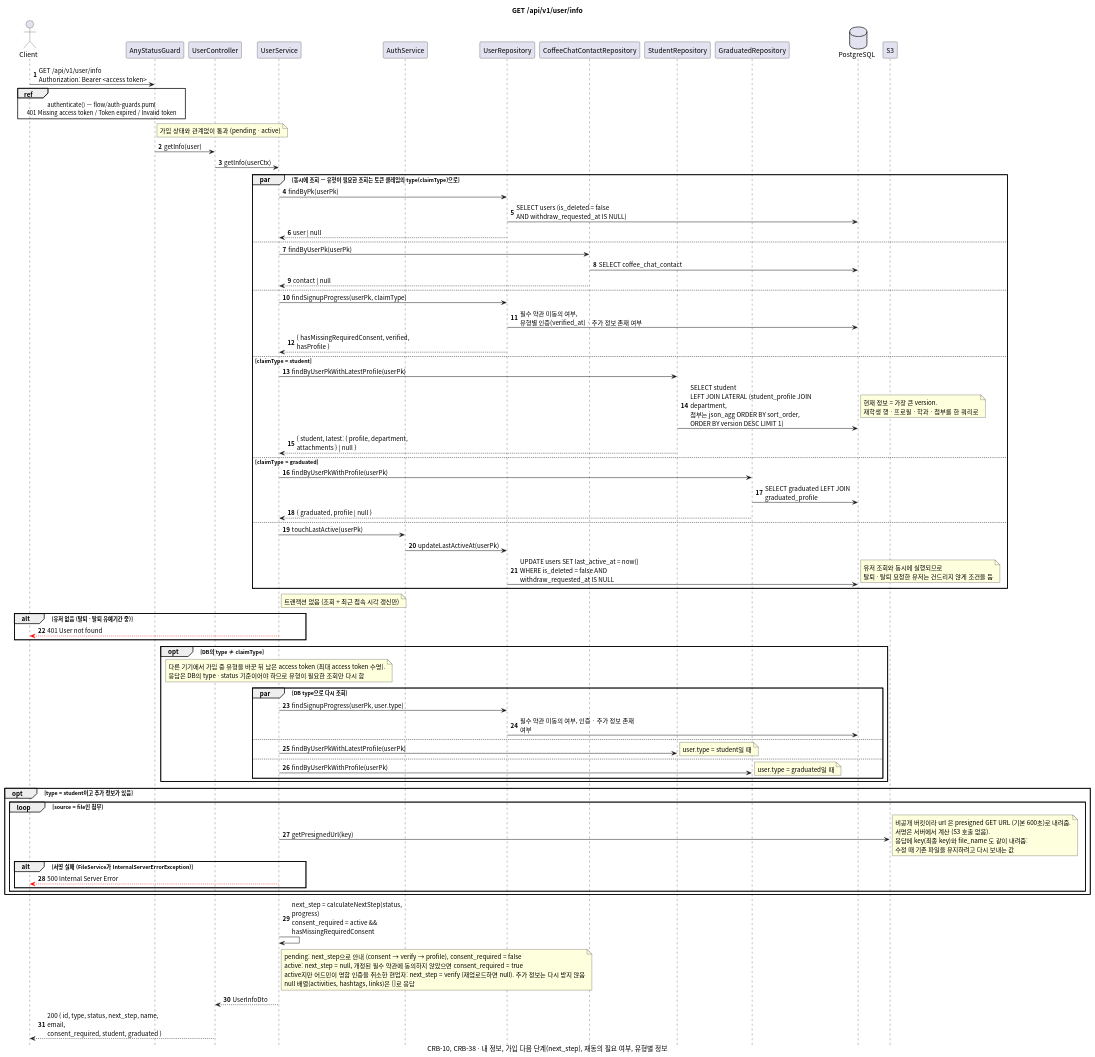
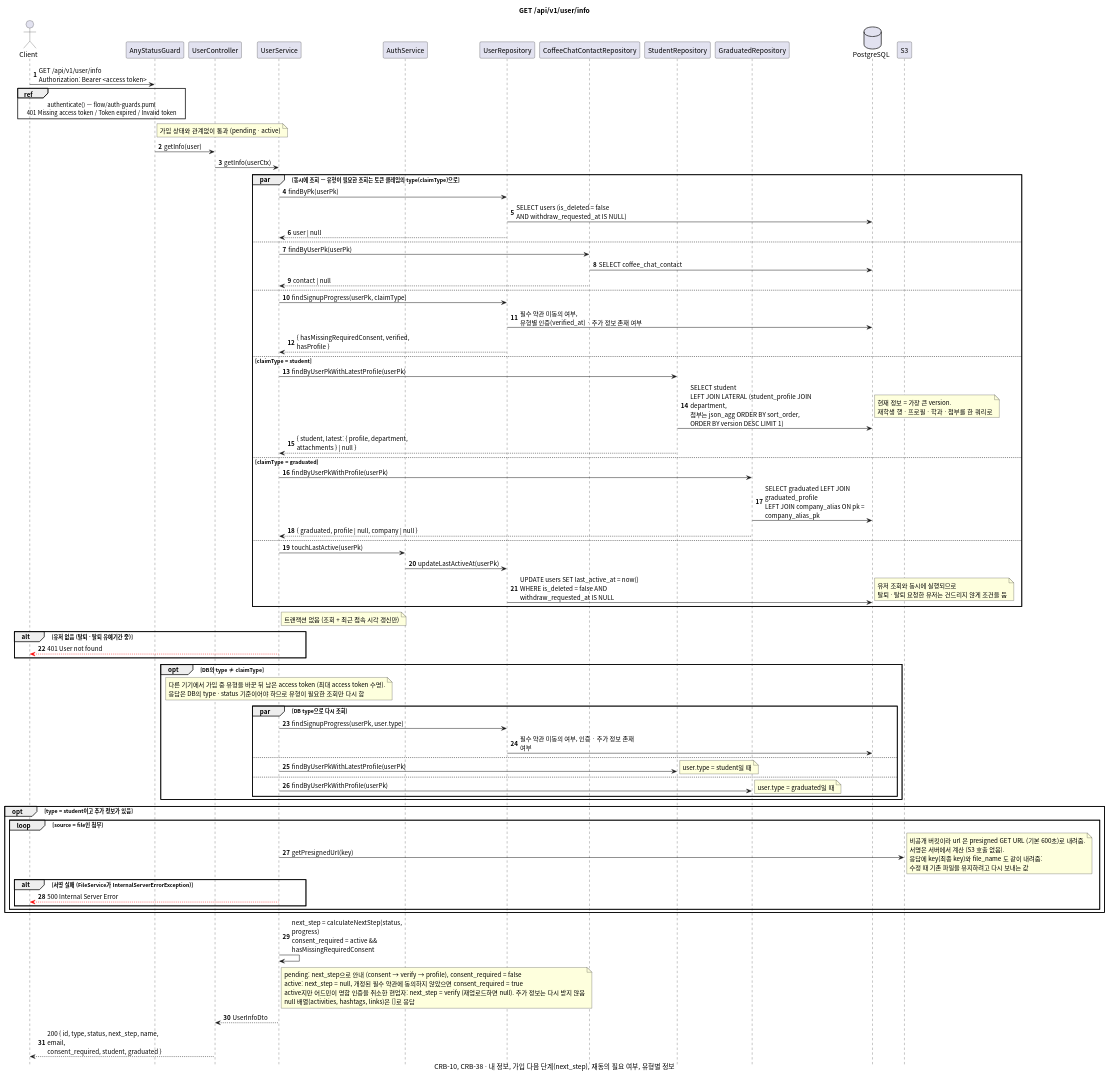
Before and after one commit to gsainfoteam/cheers-be: the diagram in docs/sequence/user/get-info.puml, drawn with PlantUML. The commit also changed 18 other files, not shown here.

Commit message:
- docs: add company sequence diagrams (CRB-68)

```diff
--- a/docs/sequence/user/get-info.puml
+++ b/docs/sequence/user/get-info.puml
@@ -1,102 +1,102 @@
 @startuml get-info
 skinparam defaultFontName "Apple SD Gothic Neo", "Noto Sans CJK KR", sans-serif
 skinparam responseMessageBelowArrow true
 skinparam sequenceMessageAlign left
 skinparam maxMessageSize 260
 skinparam BoxPadding 8
 skinparam shadowing false
 autonumber
 hide footbox
 
 title GET /api/v1/user/info
 caption CRB-10, CRB-38 · 내 정보, 가입 다음 단계(next_step), 재동의 필요 여부, 유형별 정보
 
 actor Client
 participant "AnyStatusGuard" as Guard
 participant "UserController" as Controller
 participant "UserService" as Service
 participant "AuthService" as AuthService
 participant "UserRepository" as UserRepository
 participant "CoffeeChatContactRepository" as CoffeeChatContactRepository
 participant "StudentRepository" as StudentRepository
 participant "GraduatedRepository" as GraduatedRepository
 database PostgreSQL
 participant "S3"
 
 Client -> Guard: GET /api/v1/user/info\nAuthorization: Bearer <access token>
 ref over Client, Guard: authenticate() — flow/auth-guards.puml\n401 Missing access token / Token expired / Invalid token
 note right of Guard: 가입 상태와 관계없이 통과 (pending · active)
 Guard -> Controller: getInfo(user)
 Controller -> Service: getInfo(userCtx)
 
 par 동시에 조회 — 유형이 필요한 조회는 토큰 클레임의 type(claimType)으로
   Service -> UserRepository: findByPk(userPk)
   UserRepository -> PostgreSQL: SELECT users (is_deleted = false\nAND withdraw_requested_at IS NULL)
   UserRepository --> Service: user | null
 else
   Service -> CoffeeChatContactRepository: findByUserPk(userPk)
   CoffeeChatContactRepository -> PostgreSQL: SELECT coffee_chat_contact
   CoffeeChatContactRepository --> Service: contact | null
 else
   Service -> UserRepository: findSignupProgress(userPk, claimType)
   UserRepository -> PostgreSQL: 필수 약관 미동의 여부,\n유형별 인증(verified_at) · 추가 정보 존재 여부
   UserRepository --> Service: { hasMissingRequiredConsent, verified, hasProfile }
 else claimType = student
   Service -> StudentRepository: findByUserPkWithLatestProfile(userPk)
   StudentRepository -> PostgreSQL: SELECT student\nLEFT JOIN LATERAL (student_profile JOIN department,\n첨부는 json_agg ORDER BY sort_order,\nORDER BY version DESC LIMIT 1)
   note right: 현재 정보 = 가장 큰 version.\n재학생 행 · 프로필 · 학과 · 첨부를 한 쿼리로
   StudentRepository --> Service: { student, latest: { profile, department, attachments } | null }
 else claimType = graduated
   Service -> GraduatedRepository: findByUserPkWithProfile(userPk)
-  GraduatedRepository -> PostgreSQL: SELECT graduated LEFT JOIN graduated_profile
-  GraduatedRepository --> Service: { graduated, profile | null }
+  GraduatedRepository -> PostgreSQL: SELECT graduated LEFT JOIN graduated_profile\nLEFT JOIN company_alias ON pk = company_alias_pk
+  GraduatedRepository --> Service: { graduated, profile | null, company | null }
 else
   Service -> AuthService: touchLastActive(userPk)
   AuthService -> UserRepository: updateLastActiveAt(userPk)
   UserRepository -> PostgreSQL: UPDATE users SET last_active_at = now()\nWHERE is_deleted = false AND withdraw_requested_at IS NULL
   note right: 유저 조회와 동시에 실행되므로\n탈퇴 · 탈퇴 요청한 유저는 건드리지 않게 조건을 둠
 end
 note right of Service: 트랜잭션 없음 (조회 + 최근 접속 시각 갱신만)
 
 alt 유저 없음 (탈퇴 · 탈퇴 유예기간 중)
   Service -[#red]-> Client: 401 User not found
 end
 
 opt DB의 type ≠ claimType
   note over Service
     다른 기기에서 가입 중 유형을 바꾼 뒤 남은 access token (최대 access token 수명).
     응답은 DB의 type · status 기준이어야 하므로 유형이 필요한 조회만 다시 함
   end note
   par DB type으로 다시 조회
     Service -> UserRepository: findSignupProgress(userPk, user.type)
     UserRepository -> PostgreSQL: 필수 약관 미동의 여부, 인증 · 추가 정보 존재 여부
   else
     Service -> StudentRepository: findByUserPkWithLatestProfile(userPk)
     note right: user.type = student일 때
   else
     Service -> GraduatedRepository: findByUserPkWithProfile(userPk)
     note right: user.type = graduated일 때
   end
 end
 
 opt type = student이고 추가 정보가 있음
   loop source = file인 첨부
     Service -> S3: getPresignedUrl(key)
     note right: 비공개 버킷이라 url 은 presigned GET URL (기본 600초)로 내려줌.\n서명은 서버에서 계산 (S3 호출 없음).\n응답에 key(최종 key)와 file_name 도 같이 내려줌:\n수정 때 기존 파일을 유지하려고 다시 보내는 값
     alt 서명 실패 (FileService가 InternalServerErrorException)
       Service -[#red]-> Client: 500 Internal Server Error
     end
   end
 end
 
 Service -> Service: next_step = calculateNextStep(status, progress)\nconsent_required = active && hasMissingRequiredConsent
 note right of Service
   pending: next_step으로 안내 (consent → verify → profile), consent_required = false
   active: next_step = null, 개정된 필수 약관에 동의하지 않았으면 consent_required = true
   active지만 어드민이 명함 인증을 취소한 현업자: next_step = verify (재업로드하면 null). 추가 정보는 다시 받지 않음
   null 배열(activities, hashtags, links)은 []로 응답
 end note
 Service --> Controller: UserInfoDto
 Controller --> Client: 200 { id, type, status, next_step, name, email,\nconsent_required, student, graduated }
 
 @enduml
```
